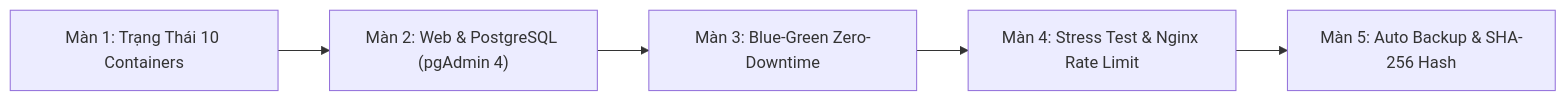
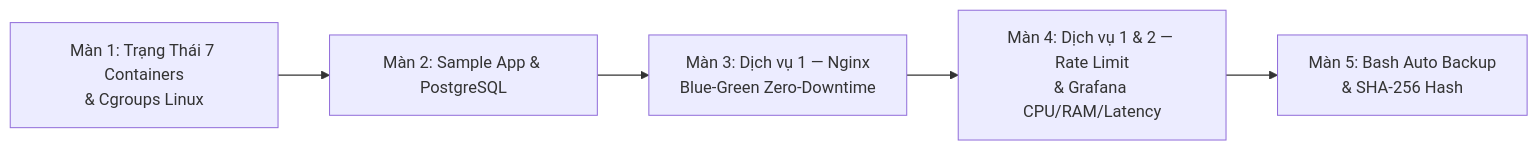
One commit to IT31072006/linux changed the diagram in KICH_BAN_DEMO.md. Above: the diagram before and after it, drawn with Mermaid. The commit also changed other lines of this file and 10 other files, not shown here.

Commit message:
refactor: streamline stack to 2 core services (Nginx HA & Prometheus/Grafana)

````diff
--- a/KICH_BAN_DEMO.md
+++ b/KICH_BAN_DEMO.md
@@ -28,7 +29,7 @@
 ```mermaid
 flowchart LR
-    M1["Màn 1: Trạng Thái 10 Containers"] --> M2["Màn 2: Web & PostgreSQL (pgAdmin 4)"]
-    M2 --> M3["Màn 3: Blue-Green Zero-Downtime"]
-    M3 --> M4["Màn 4: Stress Test & Nginx Rate Limit"]
-    M4 --> M5["Màn 5: Auto Backup & SHA-256 Hash"]
+    M1["Màn 1: Trạng Thái 7 Containers\n& Cgroups Linux"] --> M2["Màn 2: Sample App & PostgreSQL"]
+    M2 --> M3["Màn 3: Dịch vụ 1 — Nginx\nBlue-Green Zero-Downtime"]
+    M3 --> M4["Màn 4: Dịch vụ 1 & 2 — Rate Limit\n& Grafana CPU/RAM/Latency"]
+    M4 --> M5["Màn 5: Bash Auto Backup\n& SHA-256 Hash"]
 ```
````
